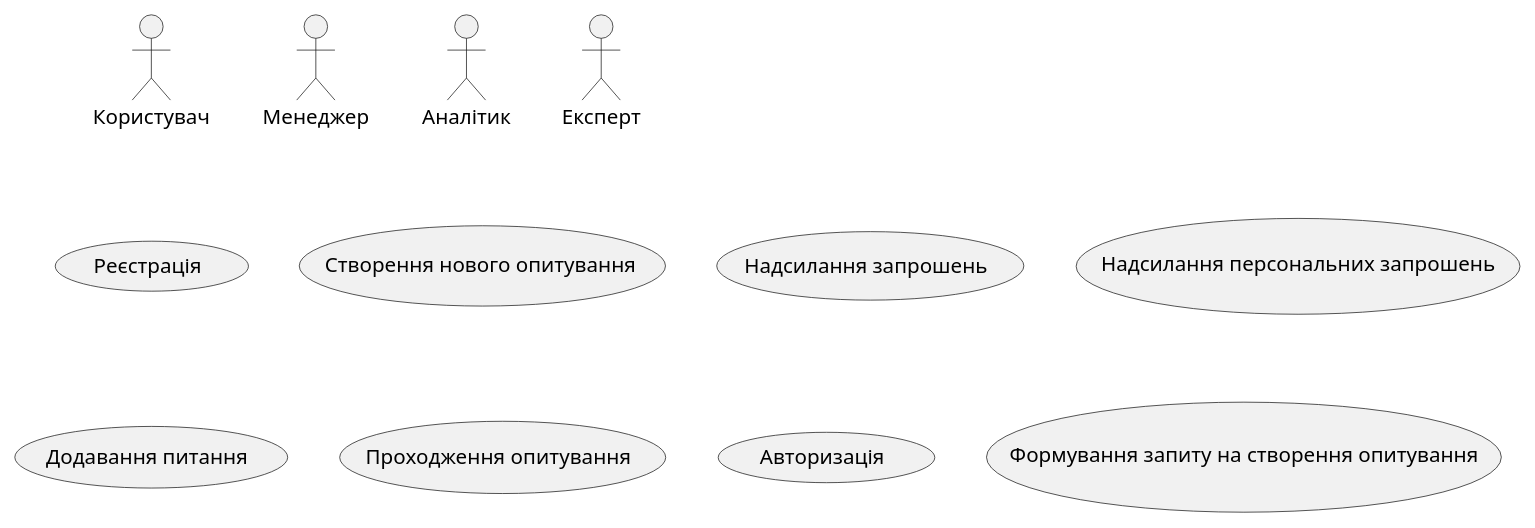
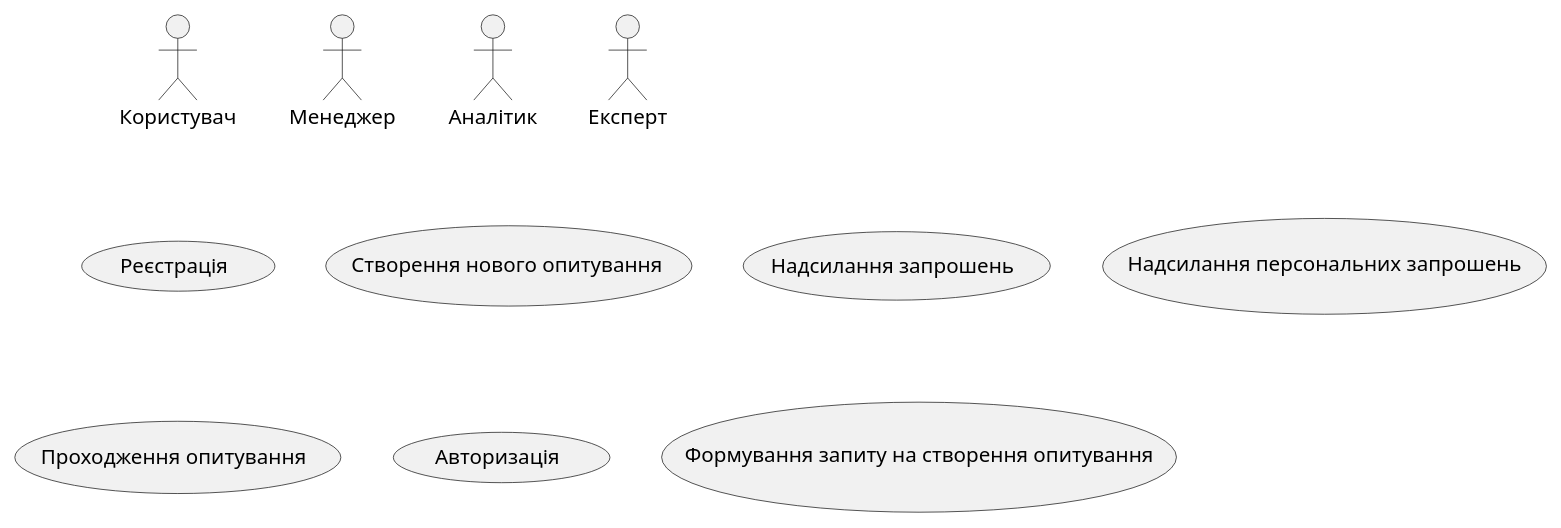
The diagram in src/uml/use-cases/general-diagram-without-connections.puml (anrysliusar/SurvExp), drawn with PlantUML before and after one commit.

```diff
--- a/src/uml/use-cases/general-diagram-without-connections.puml
+++ b/src/uml/use-cases/general-diagram-without-connections.puml
@@ -1,19 +1,18 @@
 @startuml
 
     actor "Користувач" as User
 
     actor "Менеджер" as Manager
     actor "Аналітик" as Analyst
     actor "Експерт" as Expert
 
 
     usecase "Реєстрація" as SE_11
     usecase "Створення нового опитування" as SE_12
     usecase "Надсилання запрошень" as SE_13
     usecase "Надсилання персональних запрошень" as SE_14
-    usecase "Додавання питання" as SE_15
-    usecase "Проходження опитування" as SE_16
-    usecase "Авторизація" as SE_17
-    usecase "Формування запиту на створення опитування" as SE_18
+    usecase "Проходження опитування" as SE_15
+    usecase "Авторизація" as SE_16
+    usecase "Формування запиту на створення опитування" as SE_17
 
 @enduml
```
